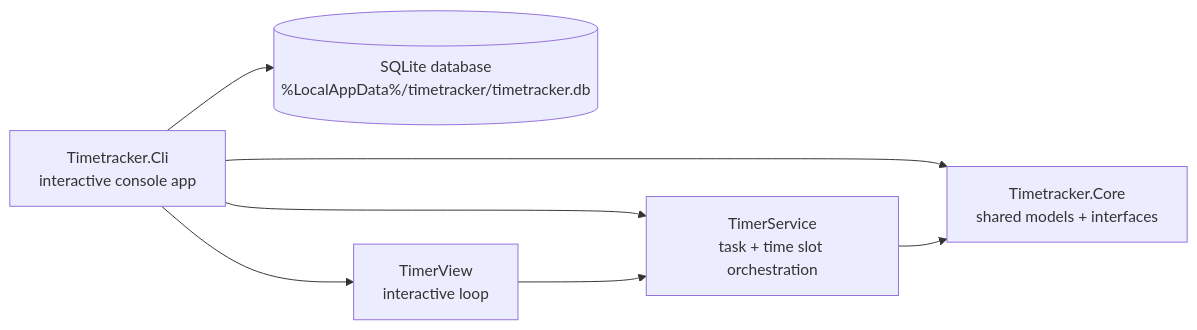
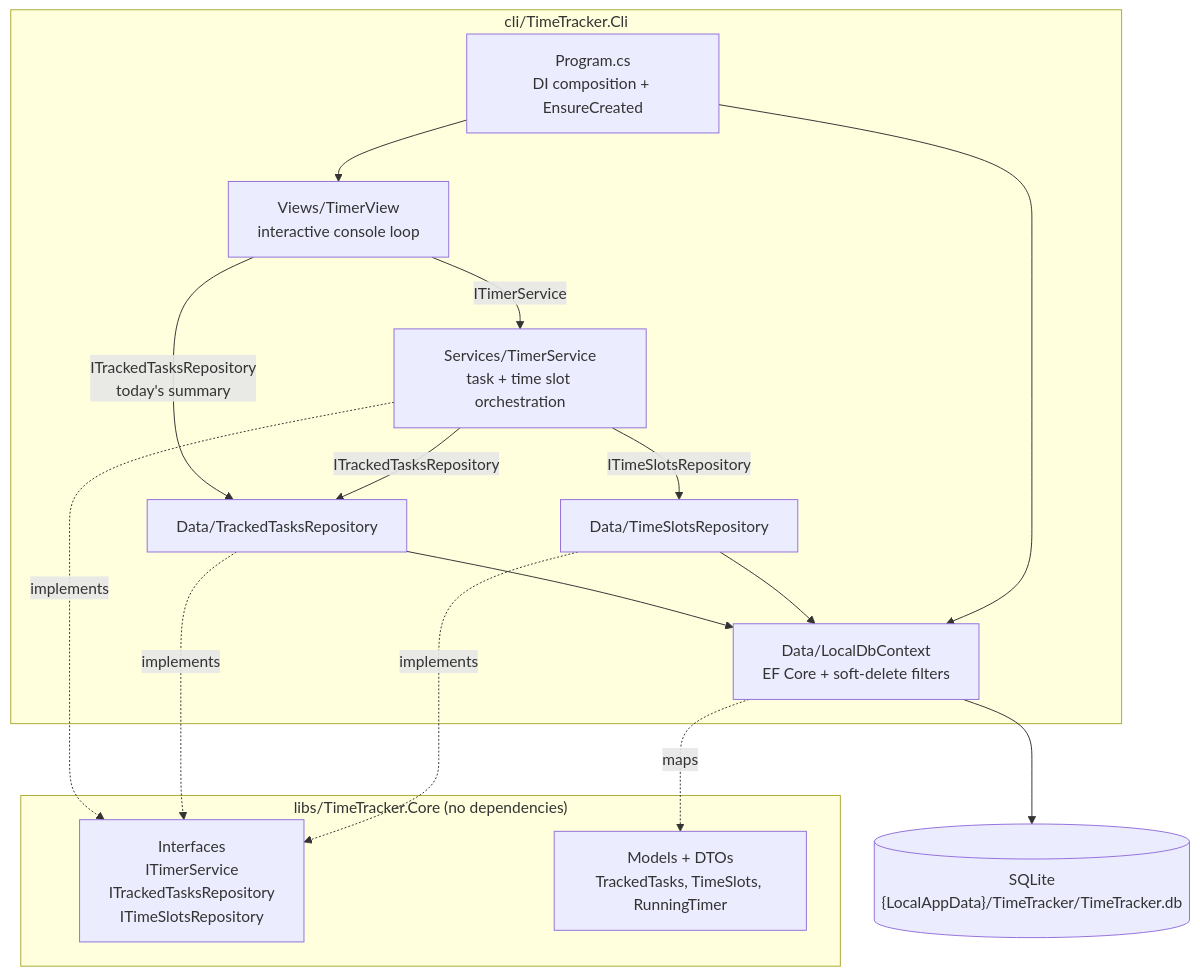
The diagram in README.md (TobiasAagaard/TimeTracker), drawn with Mermaid before and after one commit. The commit also changed other lines of this file, not shown here.

Commit message:
Architecture update

````diff
--- a/README.md
+++ b/README.md
@@ -9,9 +9,33 @@
 ```mermaid
-flowchart LR
-	CLI[Timetracker.Cli<br/>interactive console app] --> Core[Timetracker.Core<br/>shared models + interfaces]
-	CLI --> DB[(SQLite database<br/>%LocalAppData%/timetracker/timetracker.db)]
-	CLI --> View[TimerView<br/>interactive loop]
-	CLI --> Services[TimerService<br/>task + time slot orchestration]
-	Services --> Core
-	View --> Services
+flowchart TD
+	subgraph cli["cli/TimeTracker.Cli"]
+		Program["Program.cs<br/>DI composition + EnsureCreated"]
+		View["Views/TimerView<br/>interactive console loop"]
+		Service["Services/TimerService<br/>task + time slot orchestration"]
+		TaskRepo["Data/TrackedTasksRepository"]
+		SlotRepo["Data/TimeSlotsRepository"]
+		Db["Data/LocalDbContext<br/>EF Core + soft-delete filters"]
+	end
+
+	subgraph core["libs/TimeTracker.Core (no dependencies)"]
+		Interfaces["Interfaces<br/>ITimerService<br/>ITrackedTasksRepository<br/>ITimeSlotsRepository"]
+		Models["Models + DTOs<br/>TrackedTasks, TimeSlots, RunningTimer"]
+	end
+
+	Sqlite[("SQLite<br/>{LocalAppData}/TimeTracker/TimeTracker.db")]
+
+	Program --> View
+	View -->|ITimerService| Service
+	View -->|ITrackedTasksRepository<br/>today's summary| TaskRepo
+	Service -->|ITrackedTasksRepository| TaskRepo
+	Service -->|ITimeSlotsRepository| SlotRepo
+	TaskRepo --> Db
+	SlotRepo --> Db
+	Program --> Db
+	Db --> Sqlite
+
+	Service -.implements.-> Interfaces
+	TaskRepo -.implements.-> Interfaces
+	SlotRepo -.implements.-> Interfaces
+	Db -.maps.-> Models
 ```
````
